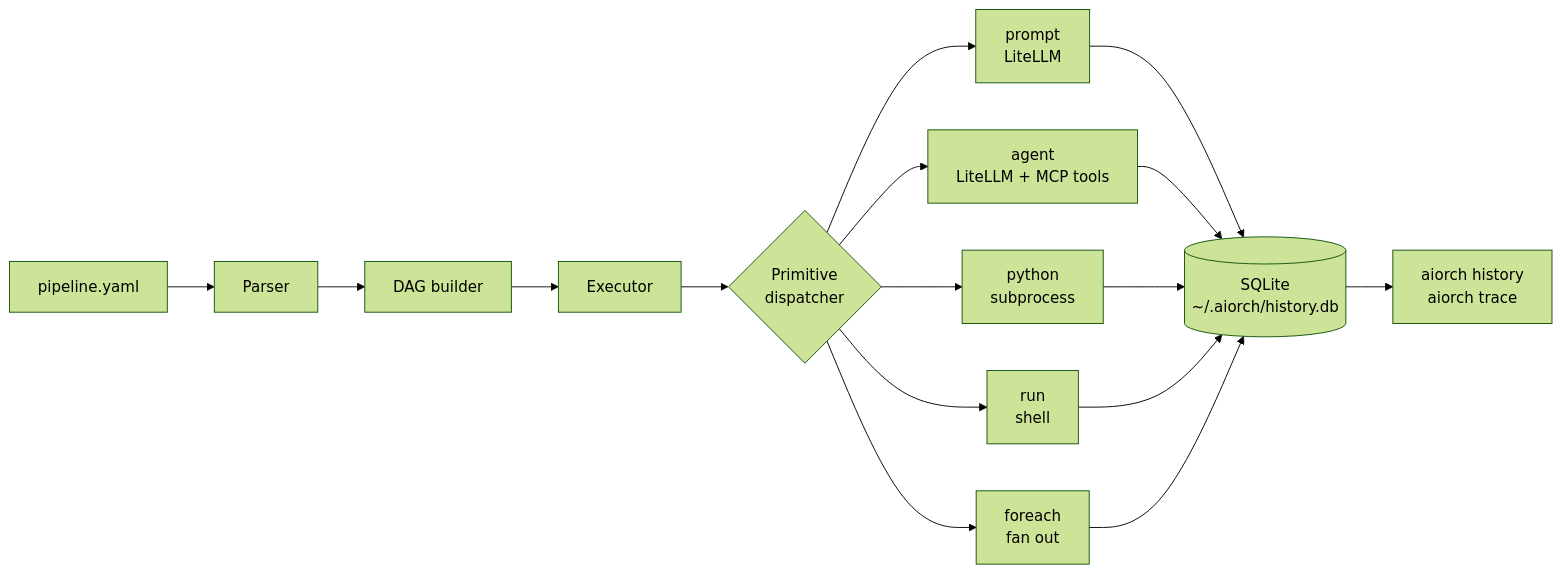
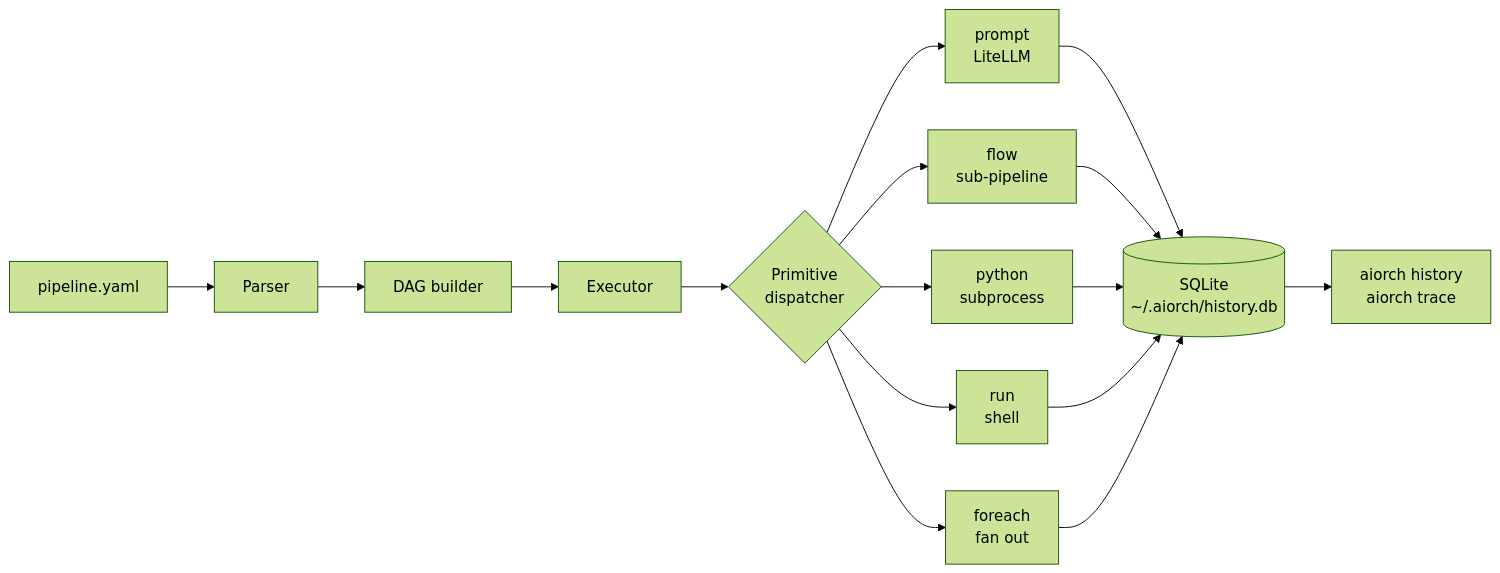
One commit to ereshzealous/aiorch-cli changed the first of 2 diagrams in README.md. Above: the diagram before and after it, drawn with Mermaid (forest theme). The commit also changed other lines of this file and 49 other files, not shown here.

````diff
--- a/README.md
+++ b/README.md
@@ -35,18 +35,18 @@
 ```mermaid
 flowchart LR
     Y[pipeline.yaml] --> P[Parser]
     P --> D[DAG builder]
     D --> E[Executor]
     E --> X{Primitive<br>dispatcher}
     X --> F1[prompt<br>LiteLLM]
-    X --> F2[agent<br>LiteLLM + MCP tools]
+    X --> F2[flow<br>sub-pipeline]
     X --> F3[python<br>subprocess]
     X --> F4[run<br>shell]
     X --> F5[foreach<br>fan out]
     F1 --> H[(SQLite<br>~/.aiorch/history.db)]
     F2 --> H
     F3 --> H
     F4 --> H
     F5 --> H
     H --> R[aiorch history<br>aiorch trace]
 ```
````
